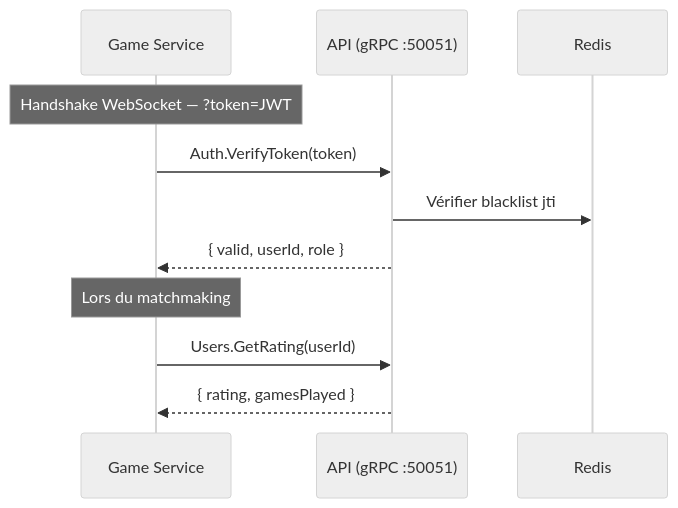
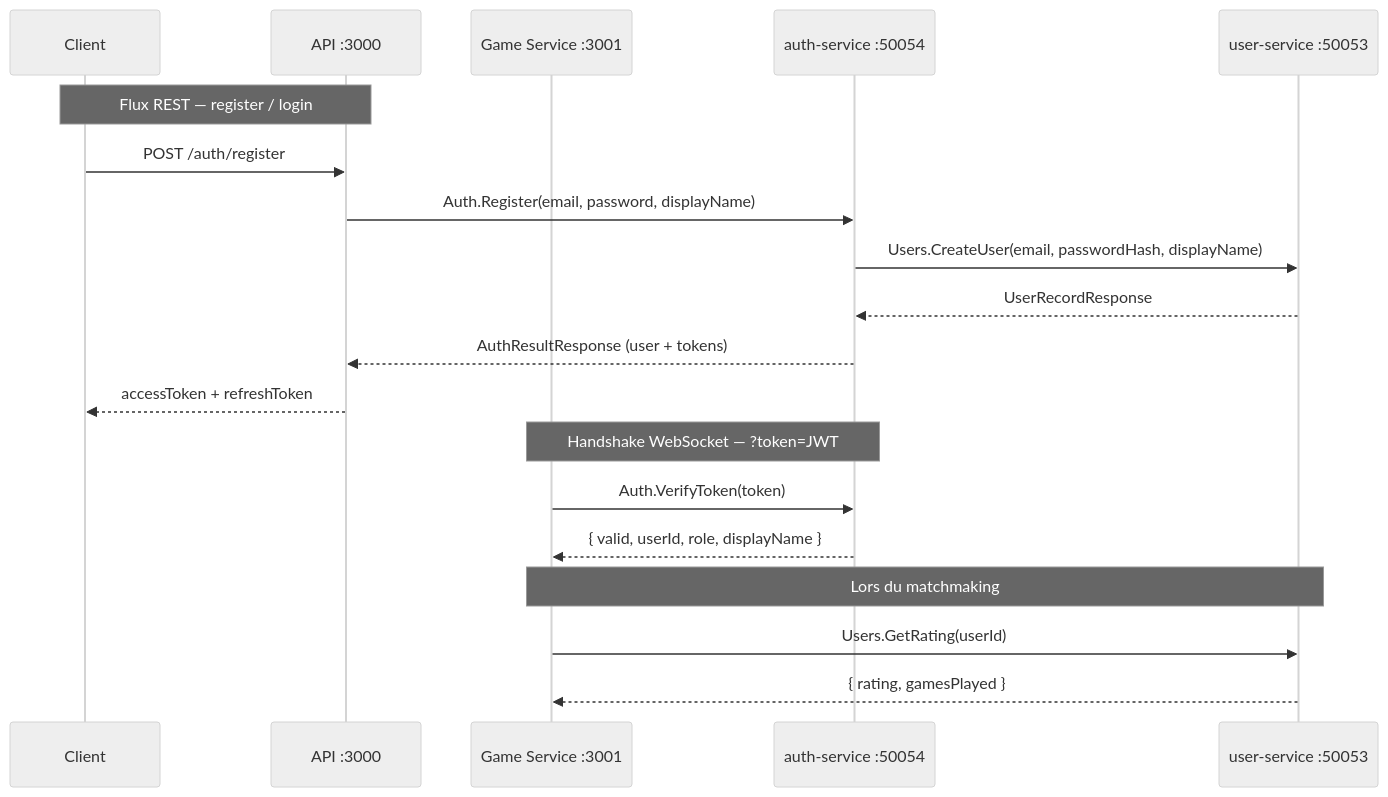
Before and after one commit to Team-3-Ynov/Chifoumi: the fifth of 7 diagrams in docs/slides.md, drawn with Mermaid (neutral theme). The commit also changed other lines of this file, not shown here.

First line of the commit message:
docs(docs): update slides to reflect 6-service architecture

````diff
--- a/docs/slides.md
+++ b/docs/slides.md
@@ -316,15 +414,24 @@
-```mermaid {scale: 0.78}
+```mermaid {scale: 0.62}
 sequenceDiagram
-  participant GS as Game Service
-  participant A as API (gRPC :50051)
-  participant R as Redis
+  participant C as Client
+  participant A as API :3000
+  participant GS as Game Service :3001
+  participant AS as auth-service :50054
+  participant US as user-service :50053
 
-  note over GS: Handshake WebSocket — ?token=JWT
-  GS->>A: Auth.VerifyToken(token)
-  A->>R: Vérifier blacklist jti
-  A-->>GS: { valid, userId, role }
+  note over C,A: Flux REST — register / login
+  C->>A: POST /auth/register
+  A->>AS: Auth.Register(email, password, displayName)
+  AS->>US: Users.CreateUser(email, passwordHash, displayName)
+  US-->>AS: UserRecordResponse
+  AS-->>A: AuthResultResponse (user + tokens)
+  A-->>C: accessToken + refreshToken
 
-  note over GS: Lors du matchmaking
-  GS->>A: Users.GetRating(userId)
-  A-->>GS: { rating, gamesPlayed }
+  note over GS,AS: Handshake WebSocket — ?token=JWT
+  GS->>AS: Auth.VerifyToken(token)
+  AS-->>GS: { valid, userId, role, displayName }
+
+  note over GS,US: Lors du matchmaking
+  GS->>US: Users.GetRating(userId)
+  US-->>GS: { rating, gamesPlayed }
 ```
````
